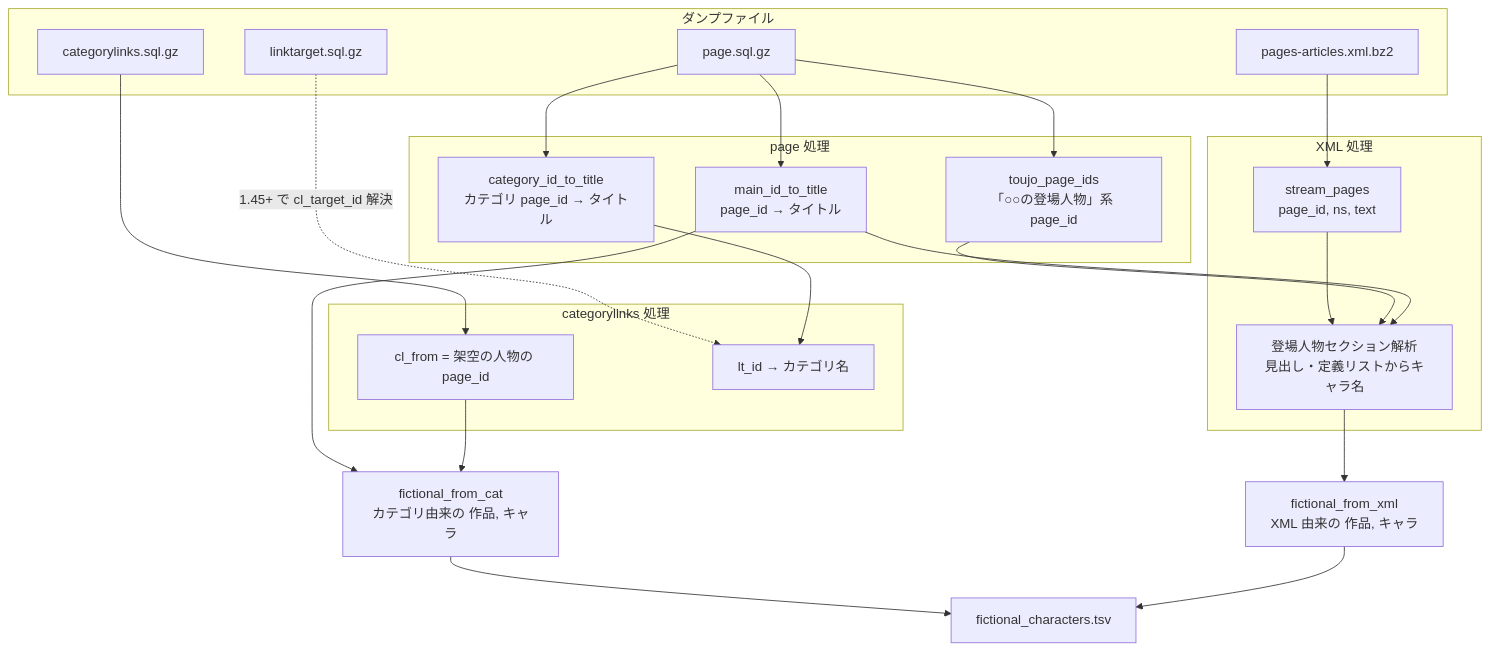
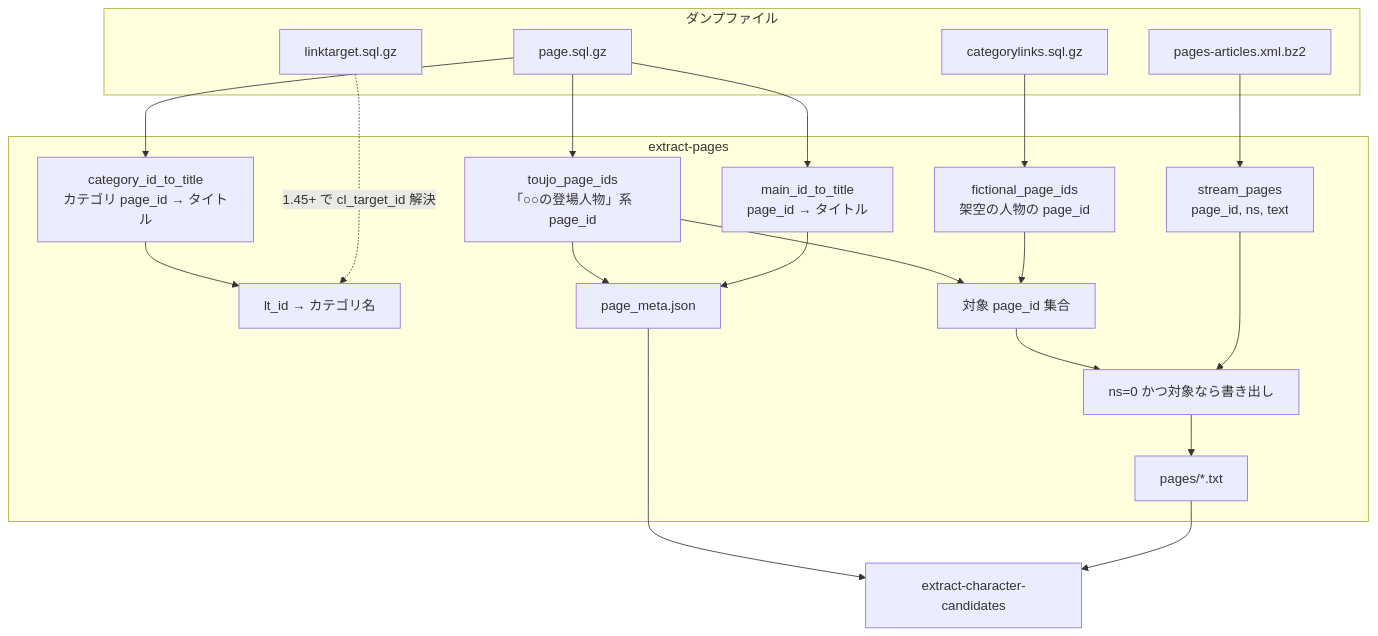
One commit to version0-1/wiki-extract changed the second of 4 diagrams in docs/DETAIL_ja.md. Above: the diagram before and after it, drawn with Mermaid. The commit also changed other lines of this file and 70 other files, not shown here.

````diff
--- a/docs/DETAIL_ja.md
+++ b/docs/DETAIL_ja.md
@@ -70,34 +101,29 @@
 ```mermaid
 flowchart TB
   subgraph Dumps["ダンプファイル"]
     P[page.sql.gz]
     CL[categorylinks.sql.gz]
     LT[linktarget.sql.gz]
     XML[pages-articles.xml.bz2]
   end
 
-  subgraph Page処理["page 処理"]
+  subgraph ExtractPages["extract-pages"]
     P --> main_id["main_id_to_title<br/>page_id → タイトル"]
     P --> cat_id["category_id_to_title<br/>カテゴリ page_id → タイトル"]
     P --> toujo["toujo_page_ids<br/>「○○の登場人物」系 page_id"]
+    CL --> fic_ids["fictional_page_ids<br/>架空の人物の page_id"]
+    LT -.->|1.45+ で cl_target_id 解決| cl_lt["lt_id → カテゴリ名"]
+    cat_id --> cl_lt
+    main_id --> meta[page_meta.json]
+    toujo --> meta
+    fic_ids --> target["対象 page_id 集合"]
+    toujo --> target
+    XML --> stream["stream_pages<br/>page_id, ns, text"]
+    stream --> filter[ns=0 かつ対象なら書き出し]
+    target --> filter
+    filter --> pages["pages/*.txt"]
   end
 
-  subgraph CL処理["categorylinks 処理"]
-    CL --> cl_from["cl_from = 架空の人物の page_id"]
-    LT -.->|1.45+ で cl_target_id 解決| cl_lt["lt_id → カテゴリ名"]
-    cat_id --> cl_lt
-  end
-
-  subgraph XML処理["XML 処理"]
-    XML --> stream["stream_pages<br/>page_id, ns, text"]
-    stream --> section["登場人物セクション解析<br/>見出し・定義リストからキャラ名"]
-    toujo --> section
-    main_id --> section
-  end
-
-  main_id --> fic_cat["fictional_from_cat<br/>カテゴリ由来の 作品, キャラ"]
-  cl_from --> fic_cat
-  section --> fic_xml["fictional_from_xml<br/>XML 由来の 作品, キャラ"]
-  fic_cat --> out["fictional_characters.tsv"]
-  fic_xml --> out
+  pages --> candidates[extract-character-candidates]
+  meta --> candidates
 ```
````
